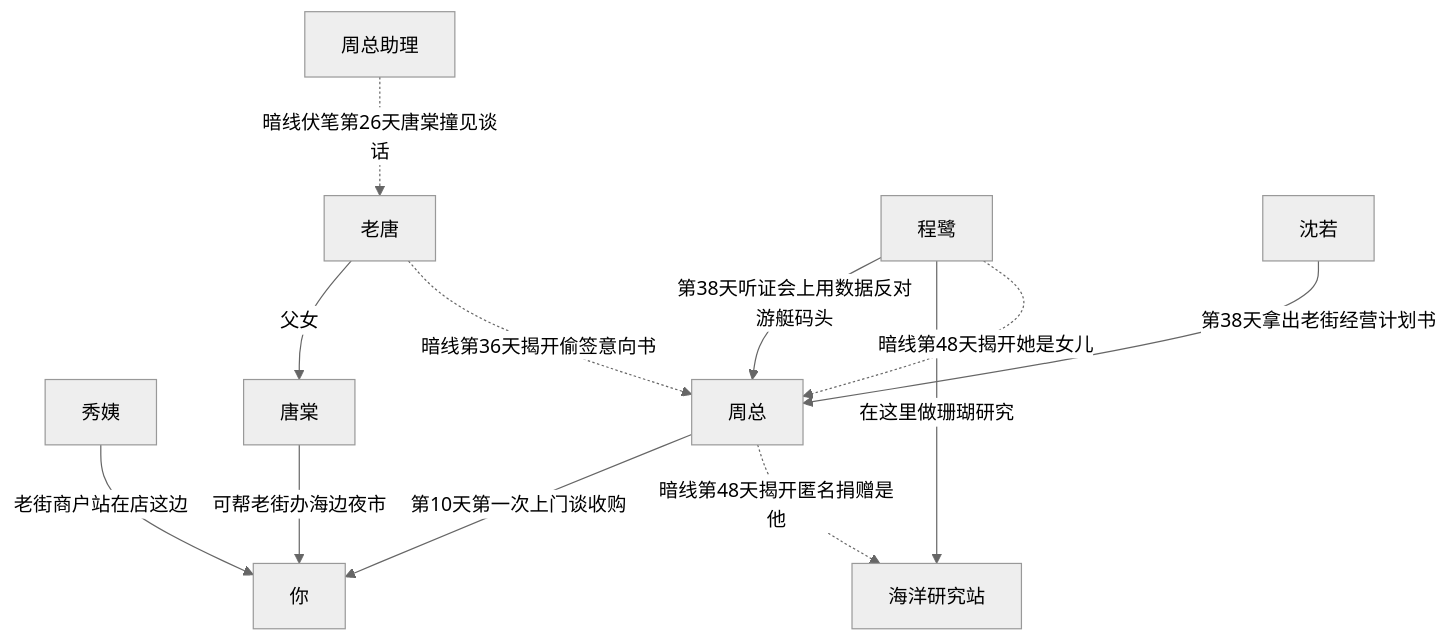
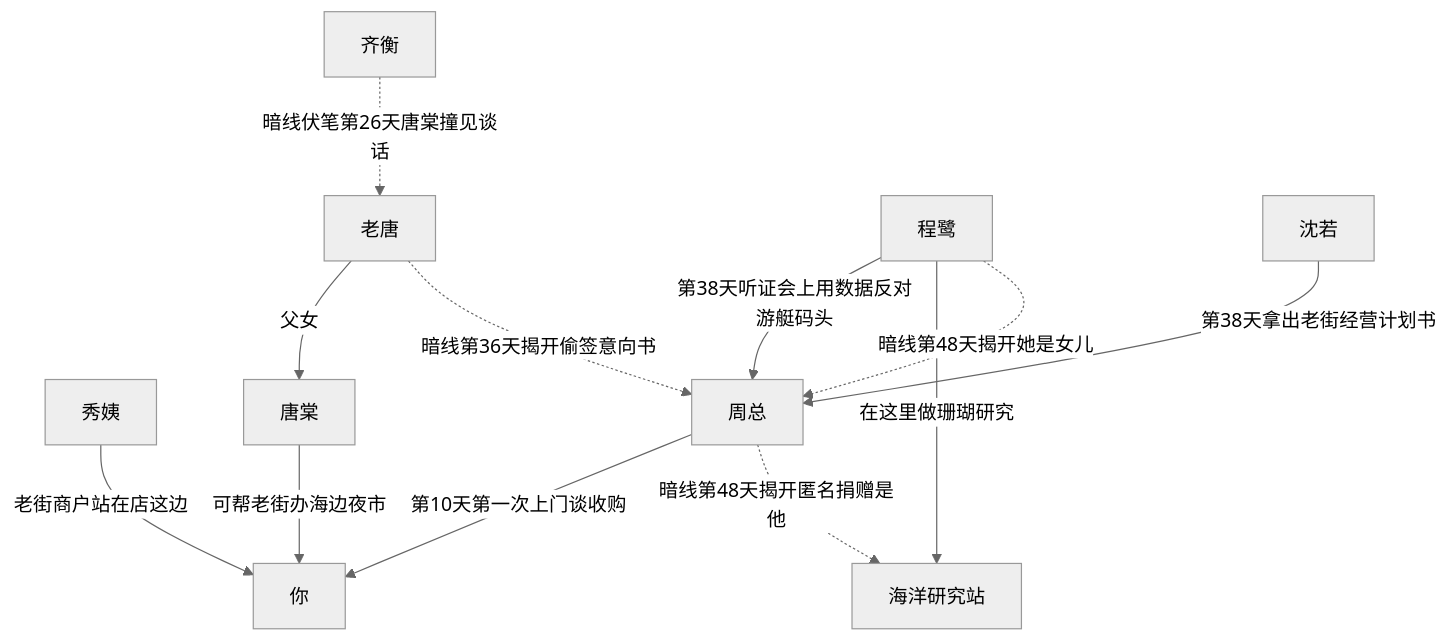
One commit to GmhLovEDM/grok-prototype changed the second of 3 diagrams in projects/seaside-cafe/01-planning/relationships.md. Above: the diagram before and after it, drawn with Mermaid (neutral theme). The commit also changed other lines of this file and 16 other files, not shown here.

````diff
--- a/projects/seaside-cafe/01-planning/relationships.md
+++ b/projects/seaside-cafe/01-planning/relationships.md
@@ -51,24 +51,24 @@
 ```mermaid
 flowchart TD
   you[你]
   xiuyi[秀姨]
   zhou[周总]
   laotang[老唐]
   tangtang[唐棠]
-  assistant[周总助理]
+  assistant[齐衡]
   chenglu[程鹭]
   station[海洋研究站]
   shenruo[沈若]
 
   zhou -->|第10天第一次上门谈收购| you
   xiuyi -->|老街商户站在店这边| you
   laotang -->|父女| tangtang
   tangtang -->|可帮老街办海边夜市| you
   chenglu -->|第38天听证会上用数据反对游艇码头| zhou
   chenglu -->|在这里做珊瑚研究| station
   shenruo -->|第38天拿出老街经营计划书| zhou
   laotang -.->|暗线第36天揭开偷签意向书| zhou
   assistant -.->|暗线伏笔第26天唐棠撞见谈话| laotang
   chenglu -.->|暗线第48天揭开她是女儿| zhou
   zhou -.->|暗线第48天揭开匿名捐赠是他| station
 ```
````
